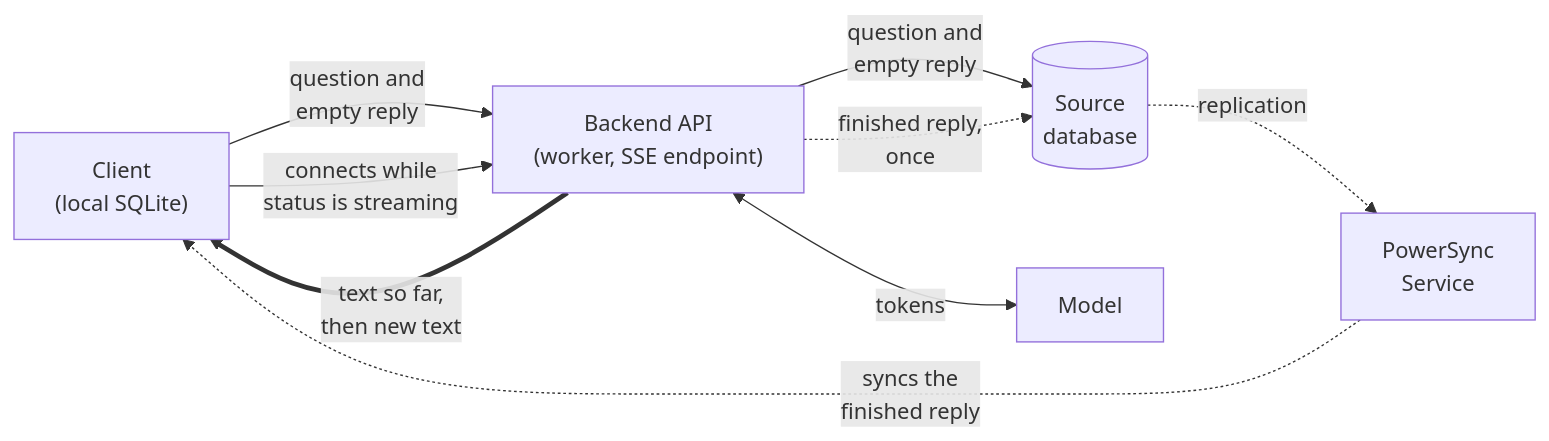
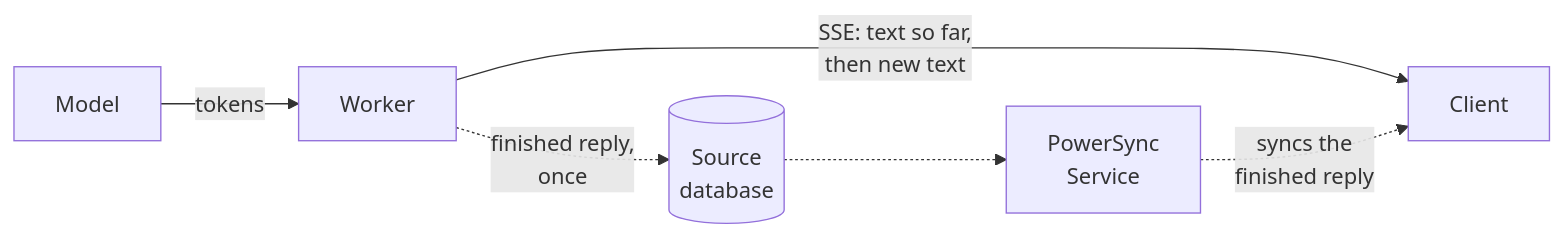
Before and after one commit to powersync-ja/powersync-docs: the second of 2 diagrams in client-sdks/advanced/ai-chat-streaming.mdx, drawn with Mermaid. The commit also changed other lines of this file, not shown here.

Commit message:
Simplify the AI chat streaming guide

````diff
--- a/client-sdks/advanced/ai-chat-streaming.mdx
+++ b/client-sdks/advanced/ai-chat-streaming.mdx
@@ -135,11 +96,8 @@
 ```mermaid
 flowchart LR
-  client["Client<br/>(local SQLite)"] -->|"question and<br/>empty reply"| worker["Backend API<br/>(worker, SSE endpoint)"]
-  worker -->|"question and<br/>empty reply"| db[("Source<br/>database")]
-  worker <-->|tokens| model["Model"]
-  client -->|"connects while<br/>status is streaming"| worker
-  worker ==>|"text so far,<br/>then new text"| client
-  worker -.->|"finished reply,<br/>once"| db
-  db -.->|replication| service["PowerSync<br/>Service"]
+  model["Model"] -->|tokens| worker["Worker"]
+  worker -->|"SSE: text so far,<br/>then new text"| client["Client"]
+  worker -.->|"finished reply,<br/>once"| db[("Source<br/>database")]
+  db -.-> service["PowerSync<br/>Service"]
   service -.->|"syncs the<br/>finished reply"| client
 ```
````
